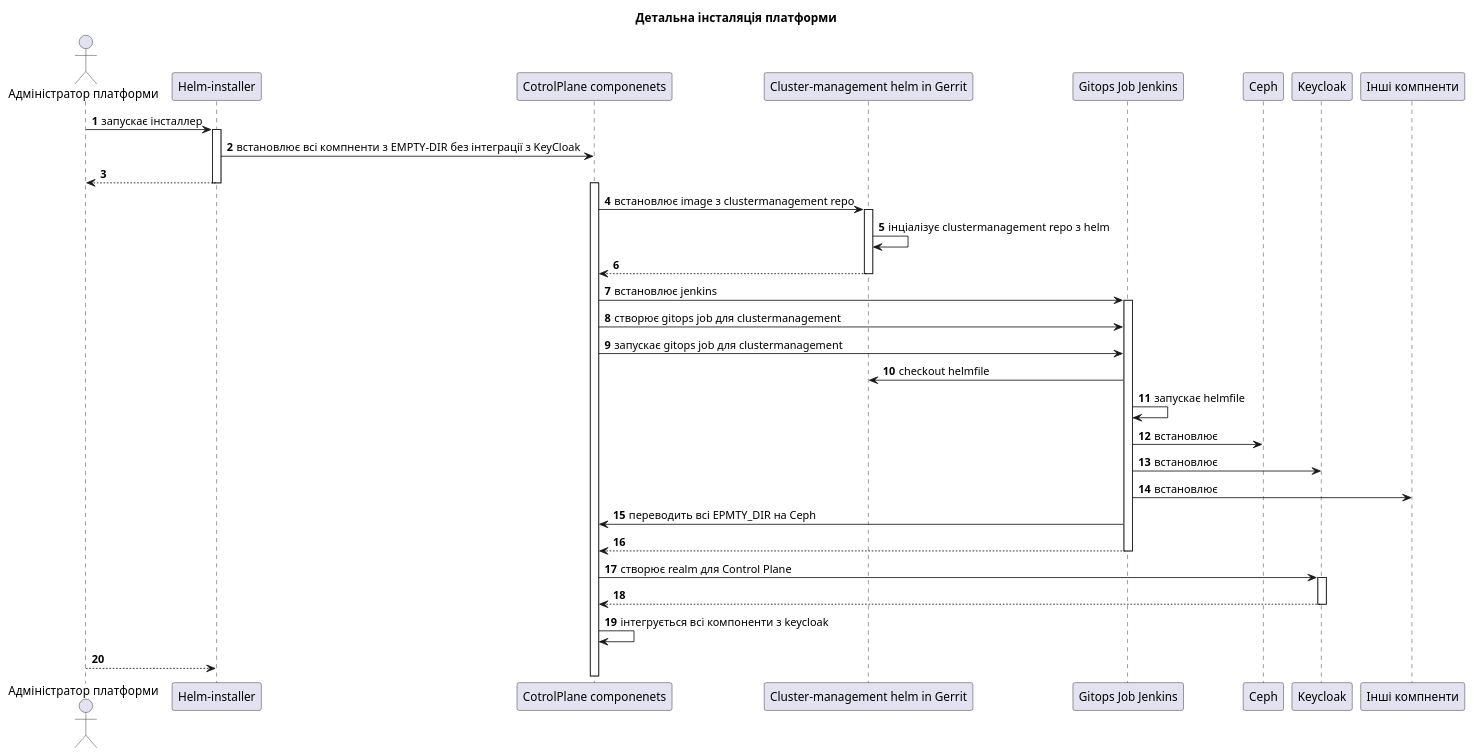
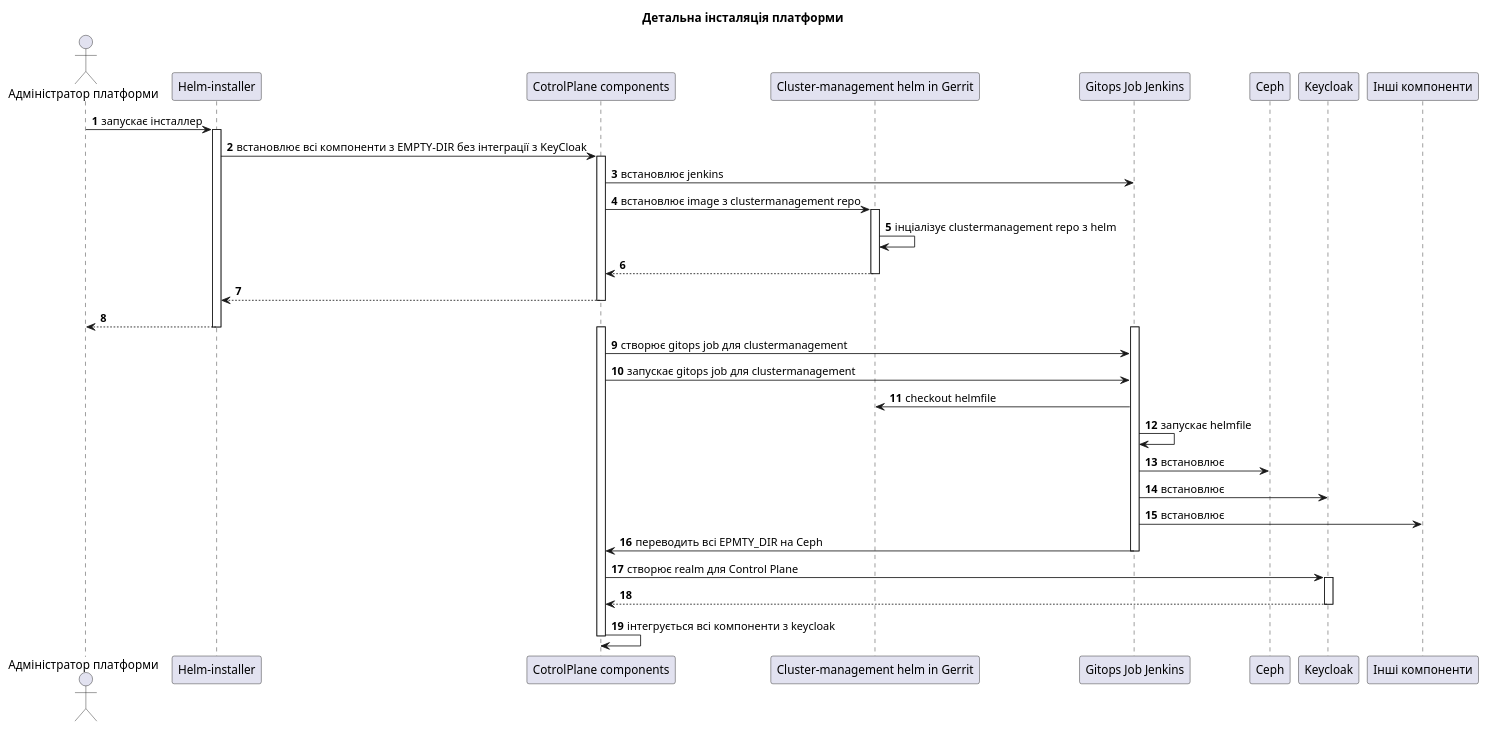
The diagram in infrastructure/ddm-control-plane-installation-details.puml (epam/edp-ddm-architecture), drawn with PlantUML before and after one commit.

Commit message:
[MDTUDDM-0000] Інсталяція платформи

```diff
--- a/infrastructure/ddm-control-plane-installation-details.puml
+++ b/infrastructure/ddm-control-plane-installation-details.puml
@@ -1,42 +1,43 @@
 @startuml
 actor "Адміністратор платформи" as admin  order 10
 participant "Helm-installer" as installer  order 20
-participant "CotrolPlane componenets" as cp  order 30
+participant "CotrolPlane components" as cp  order 30
 participant "Cluster-management helm in Gerrit" as gerrit  order 40
 participant "Gitops Job Jenkins" as jenkins  order 50
 participant "Ceph" as ceph  order 60
 participant "Keycloak" as keycloak  order 70
-participant "Інші компненти" as other  order 80
+participant "Інші компоненти" as other  order 80
 
 title Детальна інсталяція платформи
 autonumber
 
 admin -> installer: запускає інсталлер
 activate installer
-  installer -> cp: встановлює всі компненти з EMPTY-DIR без інтеграції з KeyCloak
+  installer -> cp: встановлює всі компоненти з EMPTY-DIR без інтеграції з KeyCloak
+  activate cp
+    cp -> jenkins: встановлює jenkins
+    cp -> gerrit: встановлює image з clustermanagement repo
+    activate gerrit
+      gerrit -> gerrit: інціалізує clustermanagement repo з helm
+    return
   return
+return
 activate cp
-  cp -> gerrit: встановлює image з clustermanagement repo
-  activate gerrit
-    gerrit -> gerrit: інціалізує clustermanagement repo з helm
-  return
-  cp -> jenkins: встановлює jenkins
   activate jenkins
     cp -> jenkins: створює gitops job для clustermanagement
     cp -> jenkins: запускає gitops job для clustermanagement
     jenkins -> gerrit: checkout helmfile
     jenkins -> jenkins: запускає helmfile
     jenkins -> ceph: встановлює
     jenkins -> keycloak: встановлює
     jenkins -> other: встановлює
     jenkins -> cp: переводить всі EPMTY_DIR на Ceph
-  return
+  deactivate jenkins
   cp -> keycloak: створює realm для Control Plane
   activate keycloak
   return
   cp -> cp: інтегрується всі компоненти з keycloak
-
- return
+deactivate cp
 
 
 @enduml
```
